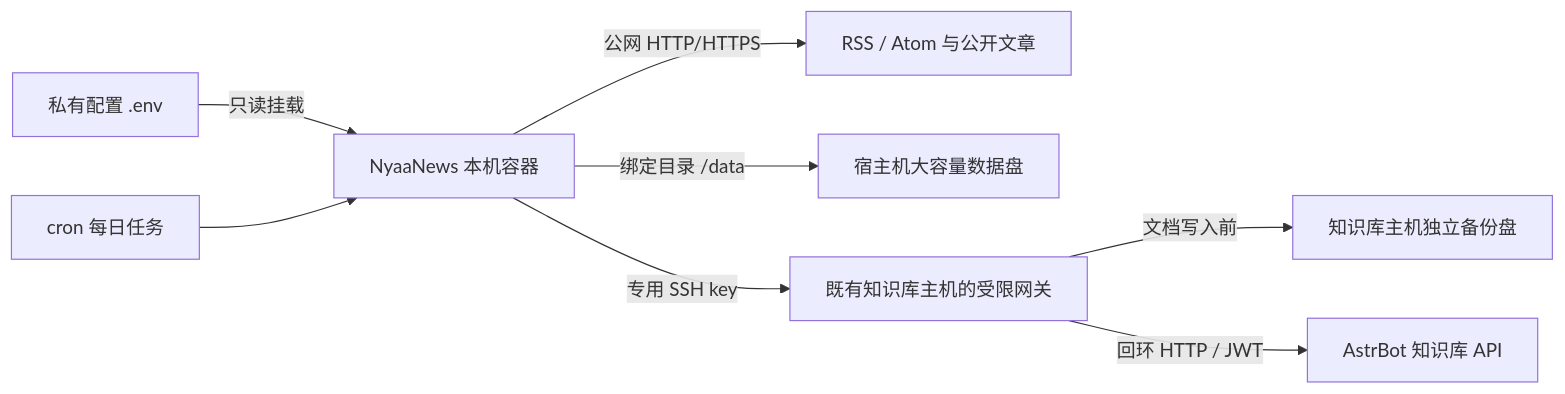
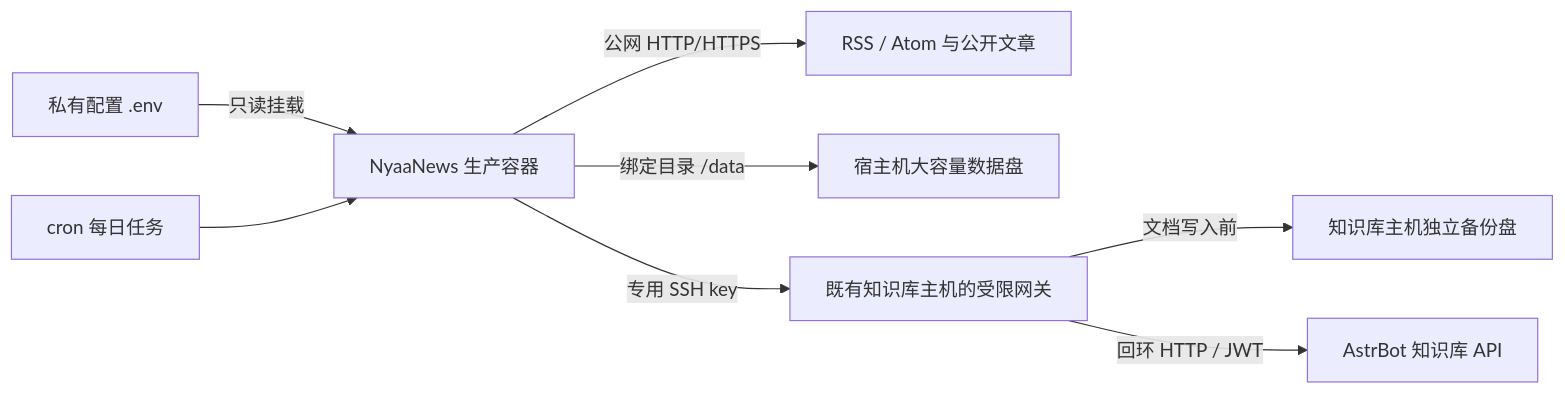
One commit to NyaaCaster/NyaaNews changed the first of 3 diagrams in .docs/NyaaNews-猫猫报纸.md. Above: the diagram before and after it, drawn with Mermaid. The commit also changed other lines of this file and 12 other files, not shown here.

````diff
--- a/.docs/NyaaNews-猫猫报纸.md
+++ b/.docs/NyaaNews-猫猫报纸.md
@@ -151,10 +155,10 @@
 ```mermaid
 flowchart LR
-    P[私有配置 .env] -->|只读挂载| N[NyaaNews 本机容器]
+    P[私有配置 .env] -->|只读挂载| N[NyaaNews 生产容器]
     C[cron 每日任务] --> N
     N -->|公网 HTTP/HTTPS| F[RSS / Atom 与公开文章]
     N -->|绑定目录 /data| D[宿主机大容量数据盘]
     N -->|专用 SSH key| G[既有知识库主机的受限网关]
     G -->|文档写入前| B[知识库主机独立备份盘]
     G -->|回环 HTTP / JWT| A[AstrBot 知识库 API]
 ```
````
